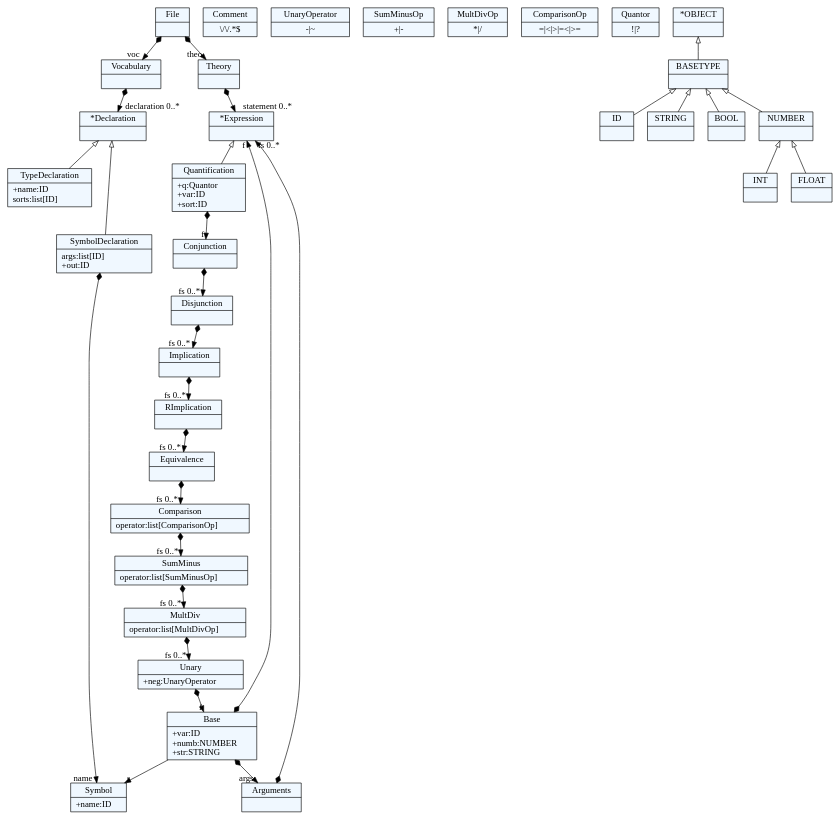
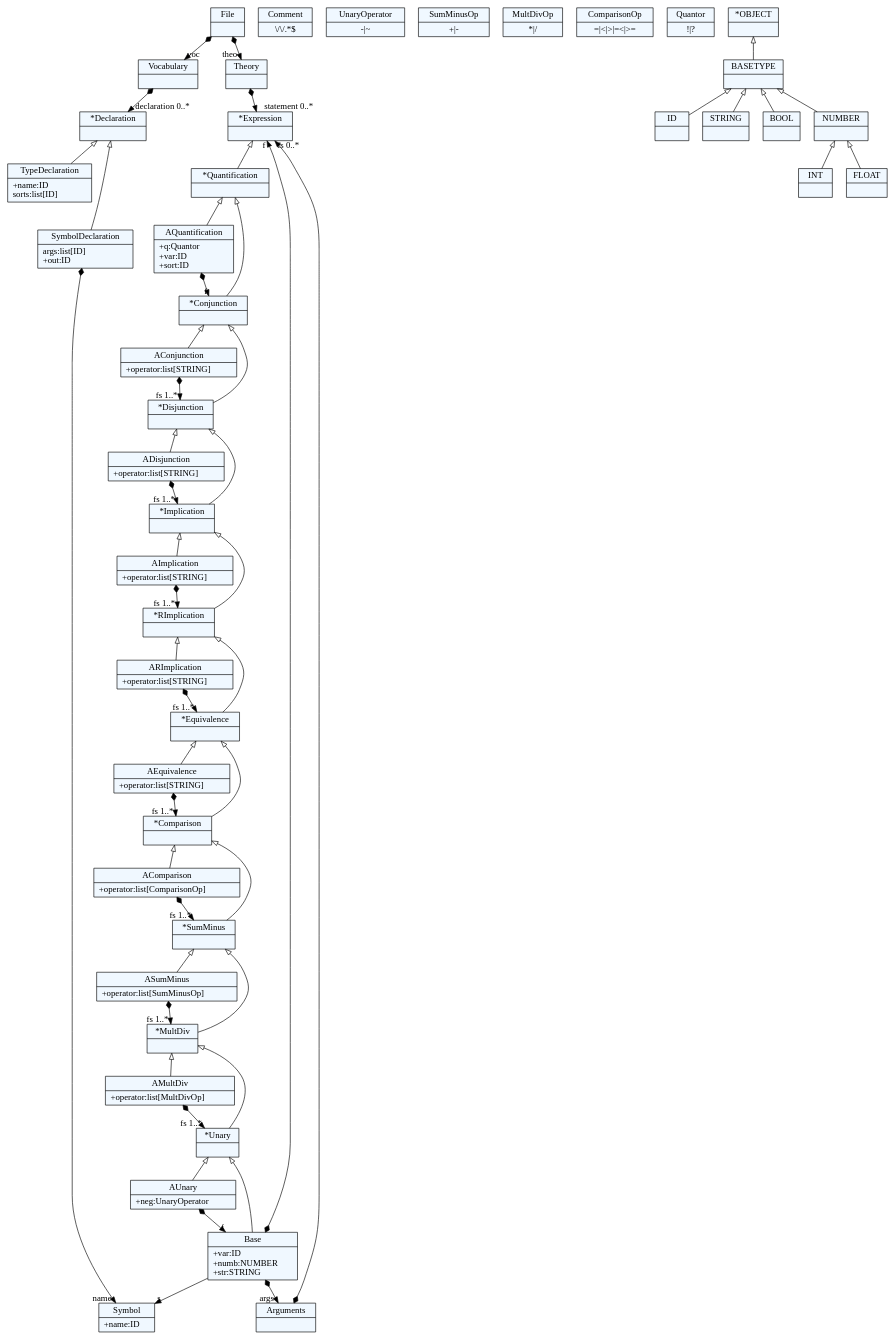
One commit to Sobhangh/IDP-Z3 changed the diagram in dsl/hello.tx.dot. Above: the diagram before and after it, drawn with Graphviz. The commit also changed 5 other files, not shown here.

```diff
--- a/dsl/hello.tx.dot
+++ b/dsl/hello.tx.dot
@@ -1,112 +1,152 @@
 
     digraph xtext {
     fontname = "Bitstream Vera Sans"
     fontsize = 8
     node[
         shape=record,
         style=filled,
         fillcolor=aliceblue
     ]
     nodesep = 0.3
     edge[dir=black,arrowtail=empty]
 
 
-17029656 -> 17013048[arrowtail=diamond, dir=both, headlabel="voc "]
-17029656 -> 17232856[arrowtail=diamond, dir=both, headlabel="theo "]
-17029656[ label="{File|}"]
+27704200 -> 27688184[arrowtail=diamond, dir=both, headlabel="voc "]
+27704200 -> 27920712[arrowtail=diamond, dir=both, headlabel="theo "]
+27704200[ label="{File|}"]
 
-17013048 -> 17339048[arrowtail=diamond, dir=both, headlabel="declaration 0..*"]
-17013048[ label="{Vocabulary|}"]
+27688184 -> 28062424[arrowtail=diamond, dir=both, headlabel="declaration 0..*"]
+27688184[ label="{Vocabulary|}"]
 
-17232856 -> 14966504[arrowtail=diamond, dir=both, headlabel="statement 0..*"]
-17232856[ label="{Theory|}"]
+27920712 -> 25639736[arrowtail=diamond, dir=both, headlabel="statement 0..*"]
+27920712[ label="{Theory|}"]
 
-14961560[ label="{Comment|\\/\\/.*$}"]
+25634792[ label="{Comment|\\/\\/.*$}"]
 
-14966504[ label="{*Expression|}"]
-14966504 -> 17278984 [dir=back]
+25639736[ label="{*Expression|}"]
+25639736 -> 27963624 [dir=back]
 
-17278984 -> 14959560[arrowtail=diamond, dir=both, headlabel="f "]
-17278984[ label="{Quantification|+q:Quantor\l+var:ID\l+sort:ID\l}"]
+27963624[ label="{*Quantification|}"]
+27963624 -> 28018328 [dir=back]
+27963624 -> 27968568 [dir=back]
 
-14959560 -> 17035192[arrowtail=diamond, dir=both, headlabel="fs 0..*"]
-14959560[ label="{Conjunction|}"]
+27968568[ label="{*Conjunction|}"]
+27968568 -> 27966568 [dir=back]
+27968568 -> 27973512 [dir=back]
 
-17035192 -> 17282040[arrowtail=diamond, dir=both, headlabel="fs 0..*"]
-17035192[ label="{Disjunction|}"]
+27973512[ label="{*Disjunction|}"]
+27973512 -> 25632792 [dir=back]
+27973512 -> 27978456 [dir=back]
 
-17282040 -> 17286984[arrowtail=diamond, dir=both, headlabel="fs 0..*"]
-17282040[ label="{Implication|}"]
+27978456[ label="{*Implication|}"]
+27978456 -> 27709736 [dir=back]
+27978456 -> 27983992 [dir=back]
 
-17286984 -> 17293640[arrowtail=diamond, dir=both, headlabel="fs 0..*"]
-17286984[ label="{RImplication|}"]
+27983992[ label="{*RImplication|}"]
+27983992 -> 27988648 [dir=back]
+27983992 -> 27990648 [dir=back]
 
-17293640 -> 17299176[arrowtail=diamond, dir=both, headlabel="fs 0..*"]
-17293640[ label="{Equivalence|}"]
+27990648[ label="{*Equivalence|}"]
+27990648 -> 28005256 [dir=back]
+27990648 -> 27996184 [dir=back]
 
-17299176 -> 17304712[arrowtail=diamond, dir=both, headlabel="fs 0..*"]
-17299176[ label="{Comparison|operator:list[ComparisonOp]\l}"]
+27996184[ label="{*Comparison|}"]
+27996184 -> 27971512 [dir=back]
+27996184 -> 28001720 [dir=back]
 
-17304712 -> 17310248[arrowtail=diamond, dir=both, headlabel="fs 0..*"]
-17304712[ label="{SumMinus|operator:list[SumMinusOp]\l}"]
+28001720[ label="{*SumMinus|}"]
+28001720 -> 28028520 [dir=back]
+28001720 -> 28007256 [dir=back]
 
-17310248 -> 17315784[arrowtail=diamond, dir=both, headlabel="fs 0..*"]
-17310248[ label="{MultDiv|operator:list[MultDivOp]\l}"]
+28007256[ label="{*MultDiv|}"]
+28007256 -> 28033464 [dir=back]
+28007256 -> 28012792 [dir=back]
 
-17315784 -> 17321320[arrowtail=diamond, dir=both, headlabel="f "]
-17315784[ label="{Unary|+neg:UnaryOperator\l}"]
+28012792[ label="{*Unary|}"]
+28012792 -> 28039000 [dir=back]
+28012792 -> 28044536 [dir=back]
 
-17321320 -> 17355064[headlabel="s "]
-17321320 -> 17326856[arrowtail=diamond, dir=both, headlabel="args "]
-17321320 -> 14966504[arrowtail=diamond, dir=both, headlabel="f "]
-17321320[ label="{Base|+var:ID\l+numb:NUMBER\l+str:STRING\l}"]
+28018328 -> 27968568[arrowtail=diamond, dir=both, headlabel="f "]
+28018328[ label="{AQuantification|+q:Quantor\l+var:ID\l+sort:ID\l}"]
 
-17326856 -> 14966504[arrowtail=diamond, dir=both, headlabel="fs 0..*"]
-17326856[ label="{Arguments|}"]
+27966568 -> 27973512[arrowtail=diamond, dir=both, headlabel="fs 1..*"]
+27966568[ label="{AConjunction|+operator:list[STRING]\l}"]
 
-17332392[ label="{UnaryOperator|-\|~}"]
+25632792 -> 27978456[arrowtail=diamond, dir=both, headlabel="fs 1..*"]
+25632792[ label="{ADisjunction|+operator:list[STRING]\l}"]
 
-17291640[ label="{SumMinusOp|+\|-}"]
+27709736 -> 27983992[arrowtail=diamond, dir=both, headlabel="fs 1..*"]
+27709736[ label="{AImplication|+operator:list[STRING]\l}"]
 
-17018584[ label="{MultDivOp|*\|/}"]
+27988648 -> 27990648[arrowtail=diamond, dir=both, headlabel="fs 1..*"]
+27988648[ label="{ARImplication|+operator:list[STRING]\l}"]
 
-17314840[ label="{ComparisonOp|=\|\<\|\>\|=\<\|\>=}"]
+28005256 -> 27996184[arrowtail=diamond, dir=both, headlabel="fs 1..*"]
+28005256[ label="{AEquivalence|+operator:list[STRING]\l}"]
 
-17331448[ label="{Quantor|!\|\?}"]
+27971512 -> 28001720[arrowtail=diamond, dir=both, headlabel="fs 1..*"]
+27971512[ label="{AComparison|+operator:list[ComparisonOp]\l}"]
 
-17339048[ label="{*Declaration|}"]
-17339048 -> 17343992 [dir=back]
-17339048 -> 17349528 [dir=back]
+28028520 -> 28007256[arrowtail=diamond, dir=both, headlabel="fs 1..*"]
+28028520[ label="{ASumMinus|+operator:list[SumMinusOp]\l}"]
 
-17343992[ label="{TypeDeclaration|+name:ID\lsorts:list[ID]\l}"]
+28033464 -> 28012792[arrowtail=diamond, dir=both, headlabel="fs 1..*"]
+28033464[ label="{AMultDiv|+operator:list[MultDivOp]\l}"]
 
-17349528 -> 17355064[arrowtail=diamond, dir=both, headlabel="name "]
-17349528[ label="{SymbolDeclaration|args:list[ID]\l+out:ID\l}"]
+28039000 -> 28044536[arrowtail=diamond, dir=both, headlabel="f "]
+28039000[ label="{AUnary|+neg:UnaryOperator\l}"]
 
-17355064[ label="{Symbol|+name:ID\l}"]
+28044536 -> 28079032[headlabel="s "]
+28044536 -> 28050072[arrowtail=diamond, dir=both, headlabel="args "]
+28044536 -> 25639736[arrowtail=diamond, dir=both, headlabel="f "]
+28044536[ label="{Base|+var:ID\l+numb:NUMBER\l+str:STRING\l}"]
 
-17006696[ label="{ID|}"]
+28050072 -> 25639736[arrowtail=diamond, dir=both, headlabel="fs 0..*"]
+28050072[ label="{Arguments|}"]
 
-17015048[ label="{STRING|}"]
+27999720[ label="{UnaryOperator|-\|~}"]
 
-17020584[ label="{BOOL|}"]
+25637736[ label="{SumMinusOp|+\|-}"]
 
-17026120[ label="{INT|}"]
+28037000[ label="{MultDivOp|*\|/}"]
 
-17031656[ label="{FLOAT|}"]
+28049128[ label="{ComparisonOp|=\|\<\|\>\|=\<\|\>=}"]
 
-17037192[ label="{NUMBER|}"]
-17037192 -> 17031656 [dir=back]
-17037192 -> 17026120 [dir=back]
+28056888[ label="{Quantor|!\|\?}"]
 
-17042728[ label="{BASETYPE|}"]
-17042728 -> 17037192 [dir=back]
-17042728 -> 17020584 [dir=back]
-17042728 -> 17006696 [dir=back]
-17042728 -> 17015048 [dir=back]
+28062424[ label="{*Declaration|}"]
+28062424 -> 28067960 [dir=back]
+28062424 -> 28073496 [dir=back]
 
-17048856[ label="{*OBJECT|}"]
-17048856 -> 17042728 [dir=back]
+28067960[ label="{TypeDeclaration|+name:ID\lsorts:list[ID]\l}"]
+
+28073496 -> 28079032[arrowtail=diamond, dir=both, headlabel="name "]
+28073496[ label="{SymbolDeclaration|args:list[ID]\l+out:ID\l}"]
+
+28079032[ label="{Symbol|+name:ID\l}"]
+
+27680872[ label="{ID|}"]
+
+27690184[ label="{STRING|}"]
+
+27695128[ label="{BOOL|}"]
+
+27700664[ label="{INT|}"]
+
+27706200[ label="{FLOAT|}"]
+
+27711736[ label="{NUMBER|}"]
+27711736 -> 27706200 [dir=back]
+27711736 -> 27700664 [dir=back]
+
+27717272[ label="{BASETYPE|}"]
+27717272 -> 27711736 [dir=back]
+27717272 -> 27695128 [dir=back]
+27717272 -> 27680872 [dir=back]
+27717272 -> 27690184 [dir=back]
+
+27723400[ label="{*OBJECT|}"]
+27723400 -> 27717272 [dir=back]
 
 
 }
```
